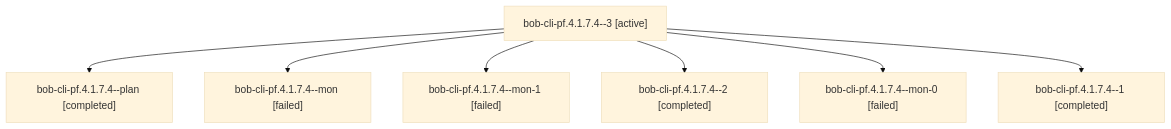
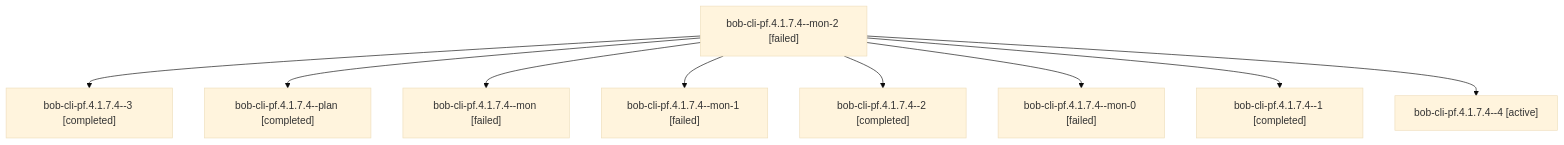
One commit to bobs-org/bob-cli--agents changed the diagram in sessions/bbugyi200.apollo.bob-cli-pf.4.1.7.4.md. Above: the diagram before and after it, drawn with Mermaid (base theme). The commit also changed other lines of this file and 119 other files, not shown here.

````diff
--- a/sessions/bbugyi200.apollo.bob-cli-pf.4.1.7.4.md
+++ b/sessions/bbugyi200.apollo.bob-cli-pf.4.1.7.4.md
@@ -9,16 +9,20 @@
 ```mermaid
 flowchart TD
-  n0["bob-cli-pf.4.1.7.4--3 [active]"]
-  n1["bob-cli-pf.4.1.7.4--plan [completed]"]
+  n0["bob-cli-pf.4.1.7.4--mon-2 [failed]"]
+  n1["bob-cli-pf.4.1.7.4--3 [completed]"]
   n0 --> n1
-  n2["bob-cli-pf.4.1.7.4--mon [failed]"]
+  n2["bob-cli-pf.4.1.7.4--plan [completed]"]
   n0 --> n2
-  n3["bob-cli-pf.4.1.7.4--mon-1 [failed]"]
+  n3["bob-cli-pf.4.1.7.4--mon [failed]"]
   n0 --> n3
-  n4["bob-cli-pf.4.1.7.4--2 [completed]"]
+  n4["bob-cli-pf.4.1.7.4--mon-1 [failed]"]
   n0 --> n4
-  n5["bob-cli-pf.4.1.7.4--mon-0 [failed]"]
+  n5["bob-cli-pf.4.1.7.4--2 [completed]"]
   n0 --> n5
-  n6["bob-cli-pf.4.1.7.4--1 [completed]"]
+  n6["bob-cli-pf.4.1.7.4--mon-0 [failed]"]
   n0 --> n6
+  n7["bob-cli-pf.4.1.7.4--1 [completed]"]
+  n0 --> n7
+  n8["bob-cli-pf.4.1.7.4--4 [active]"]
+  n0 --> n8
 ```
````
